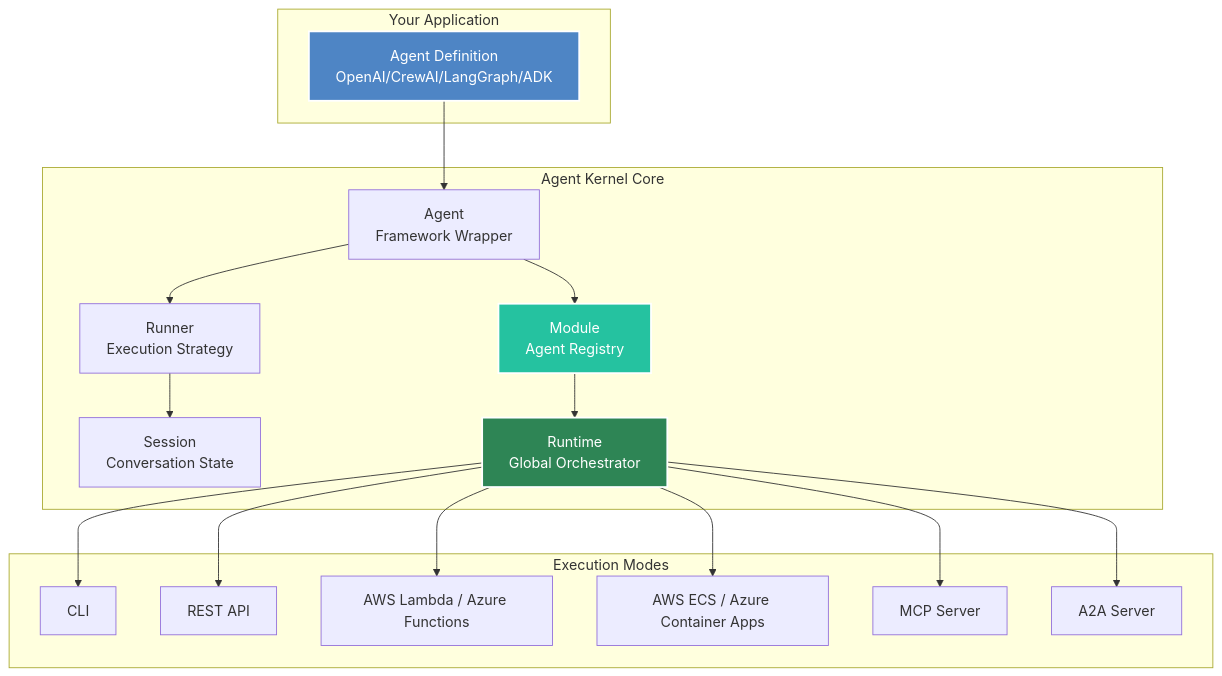
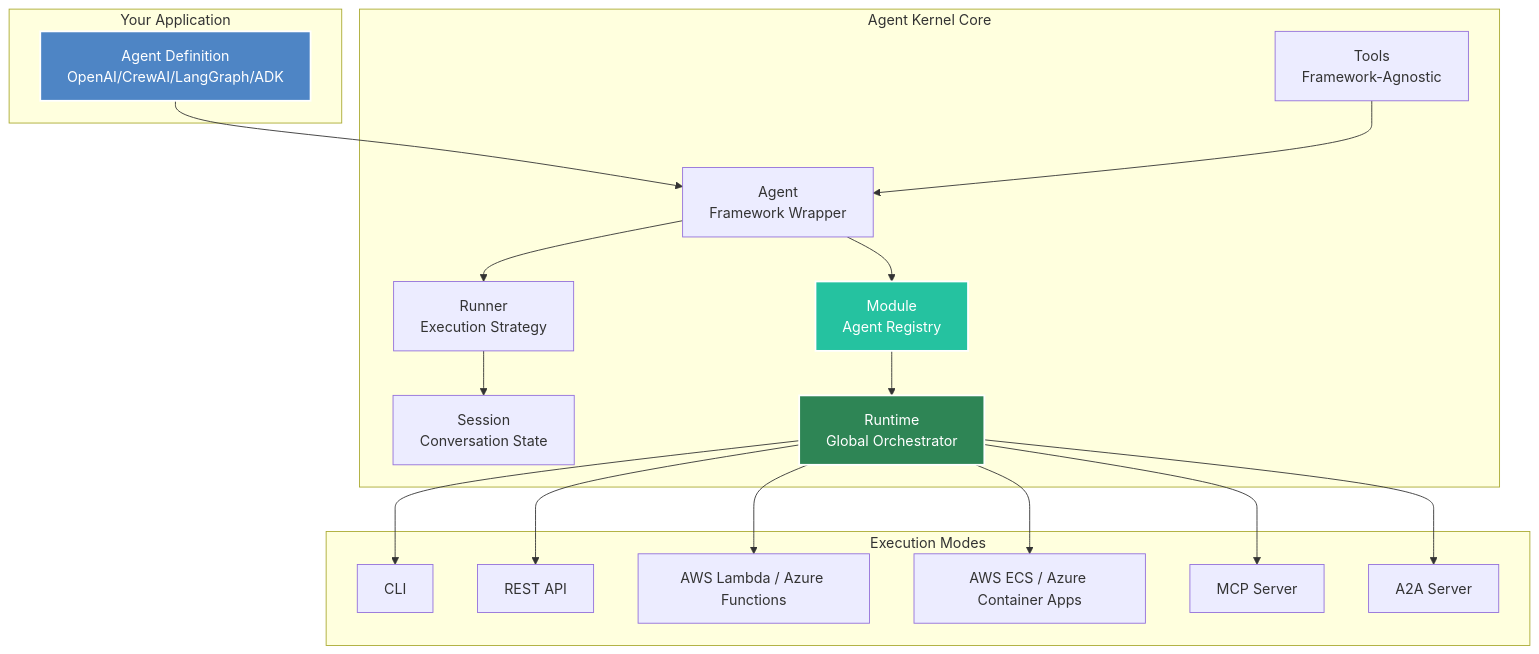
Before and after one commit to yaalalabs/agent-kernel: the first of 4 diagrams in docs/docs/core-concepts/overview.md, drawn with Mermaid. The commit also changed other lines of this file and 28 other files, not shown here.

````diff
--- a/docs/docs/core-concepts/overview.md
+++ b/docs/docs/core-concepts/overview.md
@@ -11,39 +11,41 @@
 ```mermaid
 graph TB
     subgraph "Your Application"
         A[Agent Definition<br/>OpenAI/CrewAI/LangGraph/ADK]
     end
     
     subgraph "Agent Kernel Core"
         B[Agent<br/>Framework Wrapper]
+        T[Tools<br/>Framework-Agnostic]
         C[Runner<br/>Execution Strategy]
         D[Session<br/>Conversation State]
         E[Module<br/>Agent Registry]
         F[Runtime<br/>Global Orchestrator]
     end
     
     subgraph "Execution Modes"
         G[CLI]
         H[REST API]
         I[AWS Lambda / Azure Functions]
         J[AWS ECS / Azure Container Apps]
         K[MCP Server]
         L[A2A Server]
     end
     
     A --> B
+    T --> B
     B --> C
     C --> D
     E --> F
     B --> E
     F --> G
     F --> H
     F --> I
     F --> J
     F --> K
     F --> L
     
     style A fill:#4e85c5,stroke:#fff,stroke-width:2px,color:#fff
     style F fill:#2e8555,stroke:#fff,stroke-width:2px,color:#fff
     style E fill:#25c2a0,stroke:#fff,stroke-width:2px,color:#fff
 ```
````
